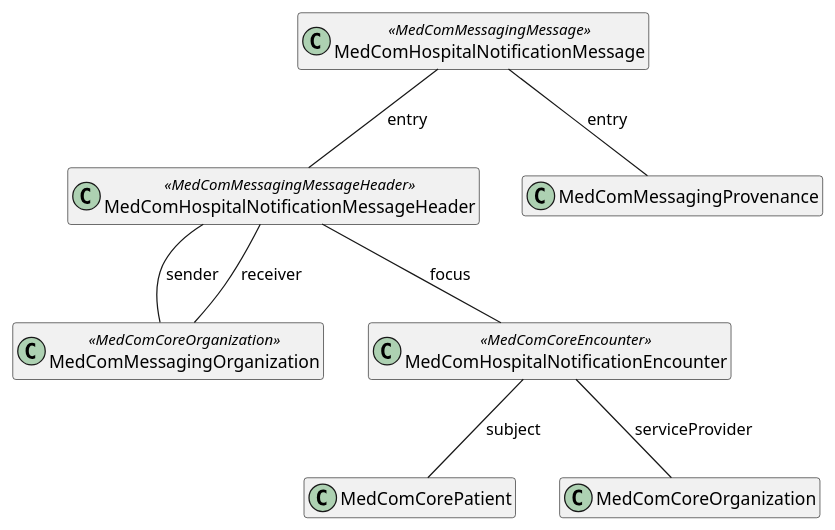
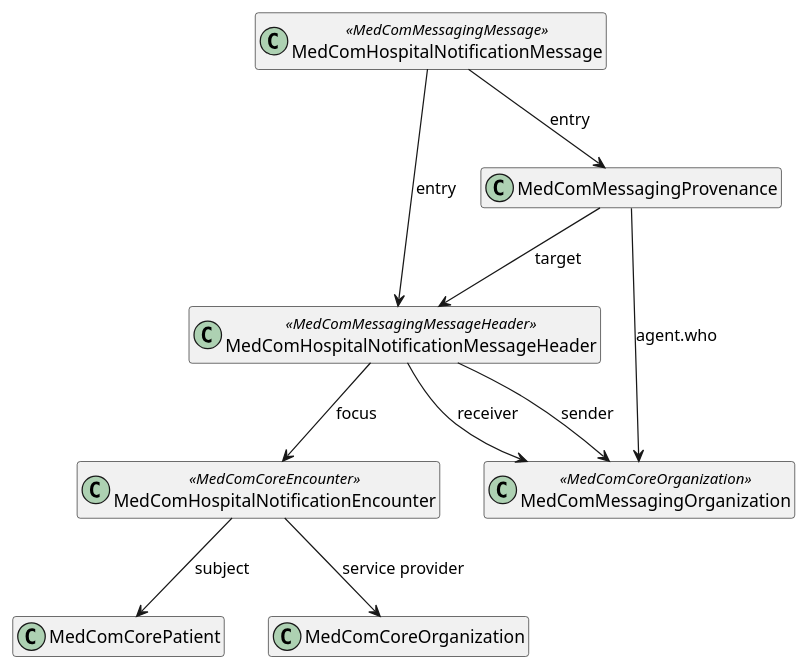
One commit to medcomdk/dk-medcom-hospitalnotification changed the diagram in puml/HospitalNotification.puml. Above: the diagram before and after it, drawn with PlantUML. The commit also changed 8 other files, not shown here.

```diff
--- a/puml/HospitalNotification.puml
+++ b/puml/HospitalNotification.puml
@@ -1,22 +1,24 @@
 @startuml HospitalNotification
 
 hide empty members
 
 class "MedComHospitalNotificationMessage" as message <<MedComMessagingMessage>>
 class "MedComHospitalNotificationMessageHeader" as messageHeader <<MedComMessagingMessageHeader>>
 class "MedComMessagingOrganization" as organization <<MedComCoreOrganization>>
 class "MedComCorePatient" as patient
 class "MedComHospitalNotificationEncounter" as encounter <<MedComCoreEncounter>>
 class "MedComMessagingProvenance" as provenance
 class "MedComCoreOrganization" as serviceProvider
 
-message -- messageHeader : "entry"
-messageHeader -- encounter : "focus"
-encounter -- patient : "subject"
-encounter -- serviceProvider : "serviceProvider"
-message -- provenance : "entry"
+message --> messageHeader : "entry"
+messageHeader --> encounter : "focus"
+encounter --> patient : "subject"
+encounter --> serviceProvider : "service provider"
+message --> provenance : "entry"
+provenance --> messageHeader : "target"
+provenance --> organization : "agent.who"
 
-messageHeader -- organization : "sender"
-messageHeader -- organization : "receiver"
+messageHeader --> organization : "sender"
+messageHeader --> organization : "receiver"
 
 @enduml
```
